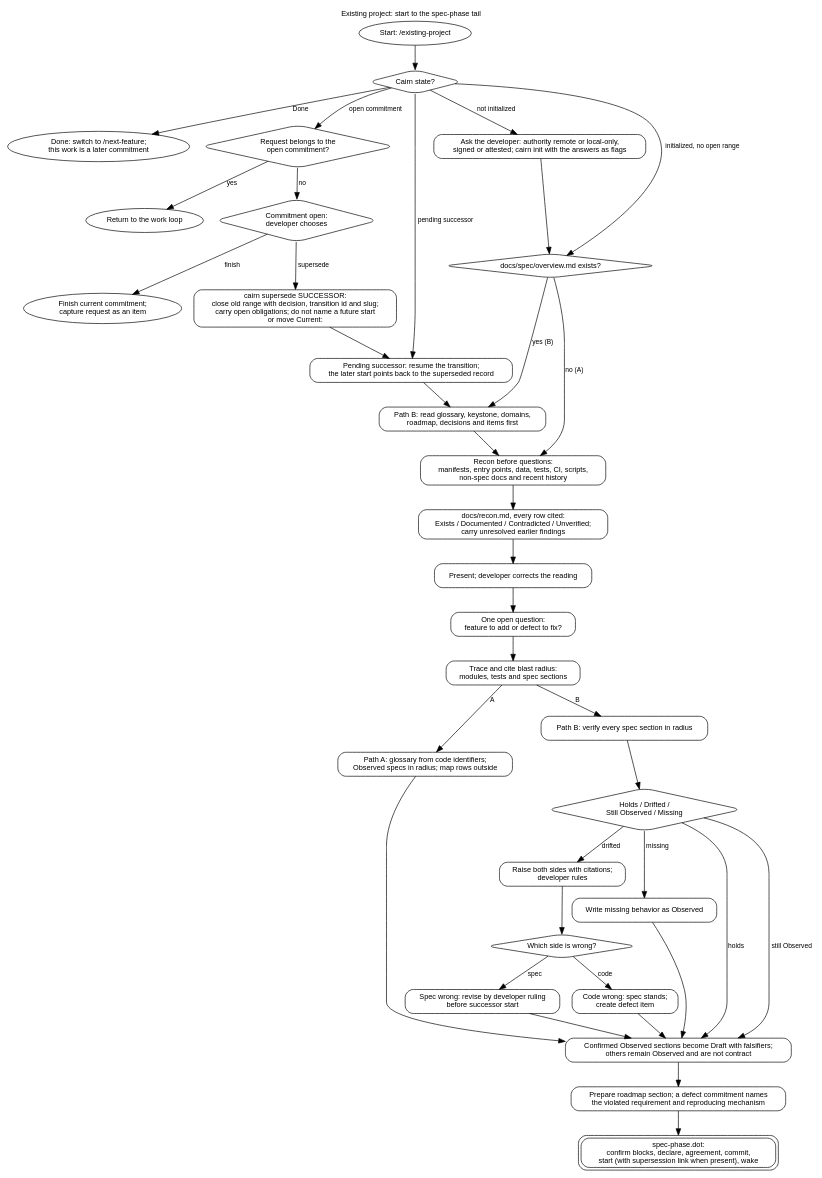
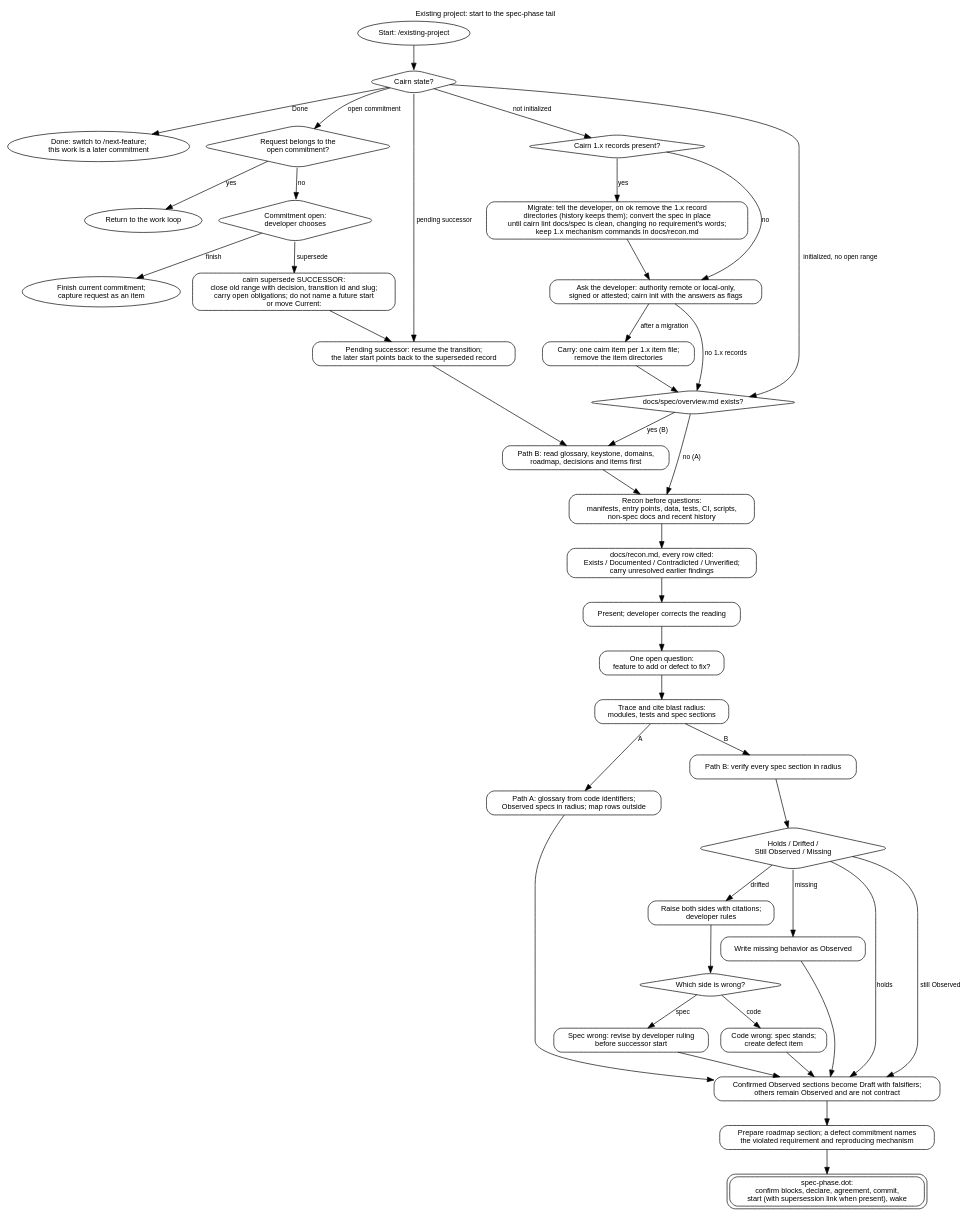
One commit to eas4ai/cairn changed the diagram in docs/diagrams/existing-project.dot. Above: the diagram before and after it, drawn with Graphviz. The commit also changed 6 other files, not shown here.

Commit message:
existing-project migrates a Cairn 1.x project: remove its records on the developer's ok, convert the spec until lint is clean, carry its items after init

```diff
--- a/docs/diagrams/existing-project.dot
+++ b/docs/diagrams/existing-project.dot
@@ -1,67 +1,75 @@
 // Existing project: initialize or resume, reconcile the spec, then enter the shared tail.
 digraph existing_project {
   rankdir=TB;
   graph [fontname="Helvetica", fontsize=11, labelloc=t, label="Existing project: start to the spec-phase tail"];
   node  [shape=box, style=rounded, fontname="Helvetica", fontsize=11];
   edge  [fontname="Helvetica", fontsize=10];
 
   start [shape=oval, label="Start: /existing-project"];
   state [shape=diamond, label="Cairn state?"];
   tonext [shape=oval, label="Done: switch to /next-feature;\nthis work is a later commitment"];
   fits [shape=diamond, label="Request belongs to the\nopen commitment?"];
   continue [shape=oval, label="Return to the work loop"];
   midway [shape=diamond, label="Commitment open:\ndeveloper chooses"];
   finish [shape=oval, label="Finish current commitment;\ncapture request as an item"];
   supersede [label="cairn supersede SUCCESSOR:\nclose old range with decision, transition id and slug;\ncarry open obligations; do not name a future start\nor move Current:"];
   pending [label="Pending successor: resume the transition;\nthe later start points back to the superseded record"];
+  legacy [shape=diamond, label="Cairn 1.x records present?"];
+  migrate [label="Migrate: tell the developer, on ok remove the 1.x record\ndirectories (history keeps them); convert the spec in place\nuntil cairn lint docs/spec is clean, changing no requirement's words;\nkeep 1.x mechanism commands in docs/recon.md"];
   init [label="Ask the developer: authority remote or local-only,\nsigned or attested; cairn init with the answers as flags"];
+  carry [label="Carry: one cairn item per 1.x item file;\nremove the item directories"];
   hasspec [shape=diamond, label="docs/spec/overview.md exists?"];
   readspec [label="Path B: read glossary, keystone, domains,\nroadmap, decisions and items first"];
   recon [label="Recon before questions:\nmanifests, entry points, data, tests, CI, scripts,\nnon-spec docs and recent history"];
   report [label="docs/recon.md, every row cited:\nExists / Documented / Contradicted / Unverified;\ncarry unresolved earlier findings"];
   corrects [label="Present; developer corrects the reading"];
   ask [label="One open question:\nfeature to add or defect to fix?"];
   radius [label="Trace and cite blast radius:\nmodules, tests and spec sections"];
   pathA [label="Path A: glossary from code identifiers;\nObserved specs in radius; map rows outside"];
   pathB [label="Path B: verify every spec section in radius"];
   verdict [shape=diamond, label="Holds / Drifted /\nStill Observed / Missing"];
   drift [label="Raise both sides with citations;\ndeveloper rules"];
   rule [shape=diamond, label="Which side is wrong?"];
   specwrong [label="Spec wrong: revise by developer ruling\nbefore successor start"];
   codewrong [label="Code wrong: spec stands;\ncreate defect item"];
   missing [label="Write missing behavior as Observed"];
   confirm [label="Confirmed Observed sections become Draft with falsifiers;\nothers remain Observed and are not contract"];
   roadmap [label="Prepare roadmap section; a defect commitment names\nthe violated requirement and reproducing mechanism"];
   tail [shape=box, peripheries=2, label="spec-phase.dot:\nconfirm blocks, declare, agreement, commit,\nstart (with supersession link when present), wake"];
 
   start -> state;
   state -> tonext [label="Done"];
   state -> fits [label="open commitment"];
   state -> pending [label="pending successor"];
-  state -> init [label="not initialized"];
+  state -> legacy [label="not initialized"];
+  legacy -> migrate [label="yes"];
+  legacy -> init [label="no"];
+  migrate -> init;
+  init -> carry [label="after a migration"];
+  carry -> hasspec;
   state -> hasspec [label="initialized, no open range"];
   fits -> continue [label="yes"];
   fits -> midway [label="no"];
   midway -> finish [label="finish"];
   midway -> supersede [label="supersede"];
   supersede -> pending;
   pending -> readspec;
-  init -> hasspec;
+  init -> hasspec [label="no 1.x records"];
   hasspec -> readspec [label="yes (B)"];
   hasspec -> recon [label="no (A)"];
   readspec -> recon;
   recon -> report -> corrects -> ask -> radius;
   radius -> pathA [label="A"];
   radius -> pathB [label="B"];
   pathB -> verdict;
   verdict -> confirm [label="holds"];
   verdict -> drift [label="drifted"];
   verdict -> confirm [label="still Observed"];
   verdict -> missing [label="missing"];
   drift -> rule;
   rule -> specwrong [label="spec"];
   rule -> codewrong [label="code"];
   specwrong -> confirm; codewrong -> confirm; missing -> confirm;
   pathA -> confirm;
   confirm -> roadmap -> tail;
 }
```
